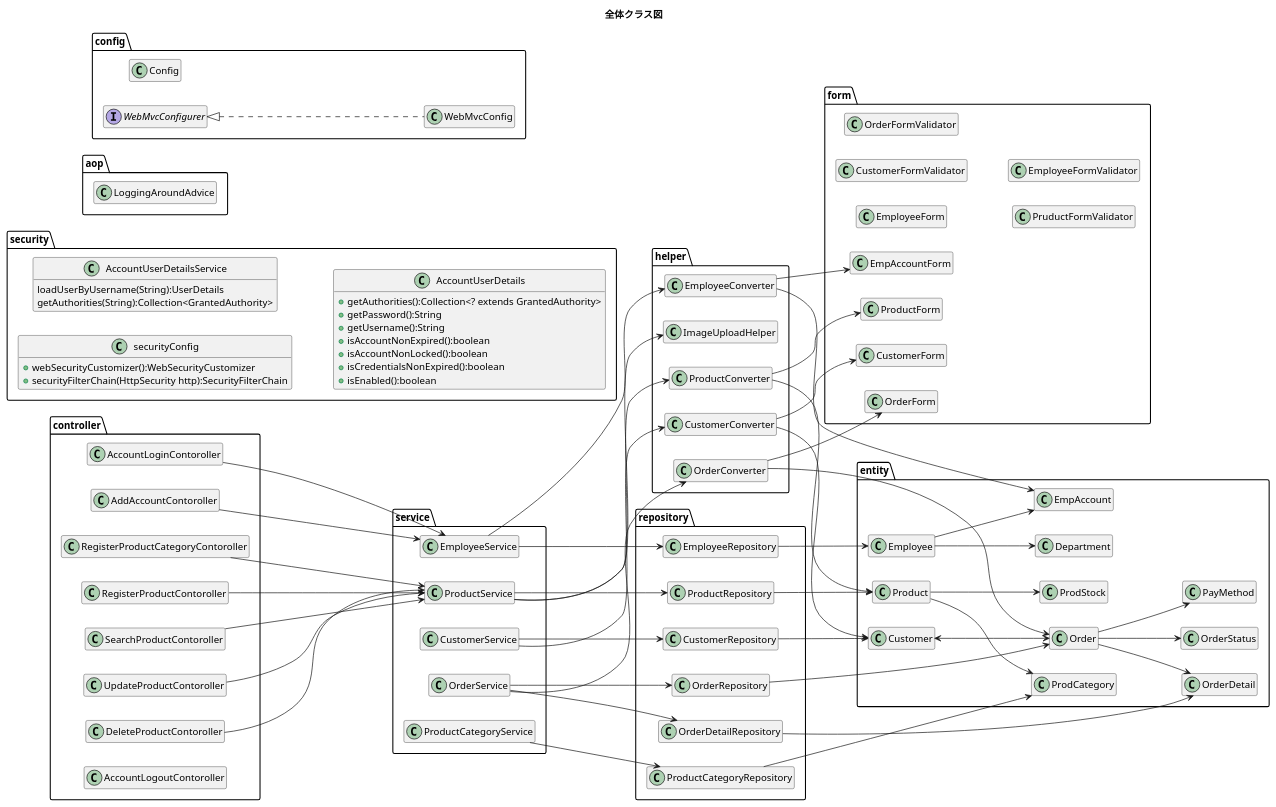
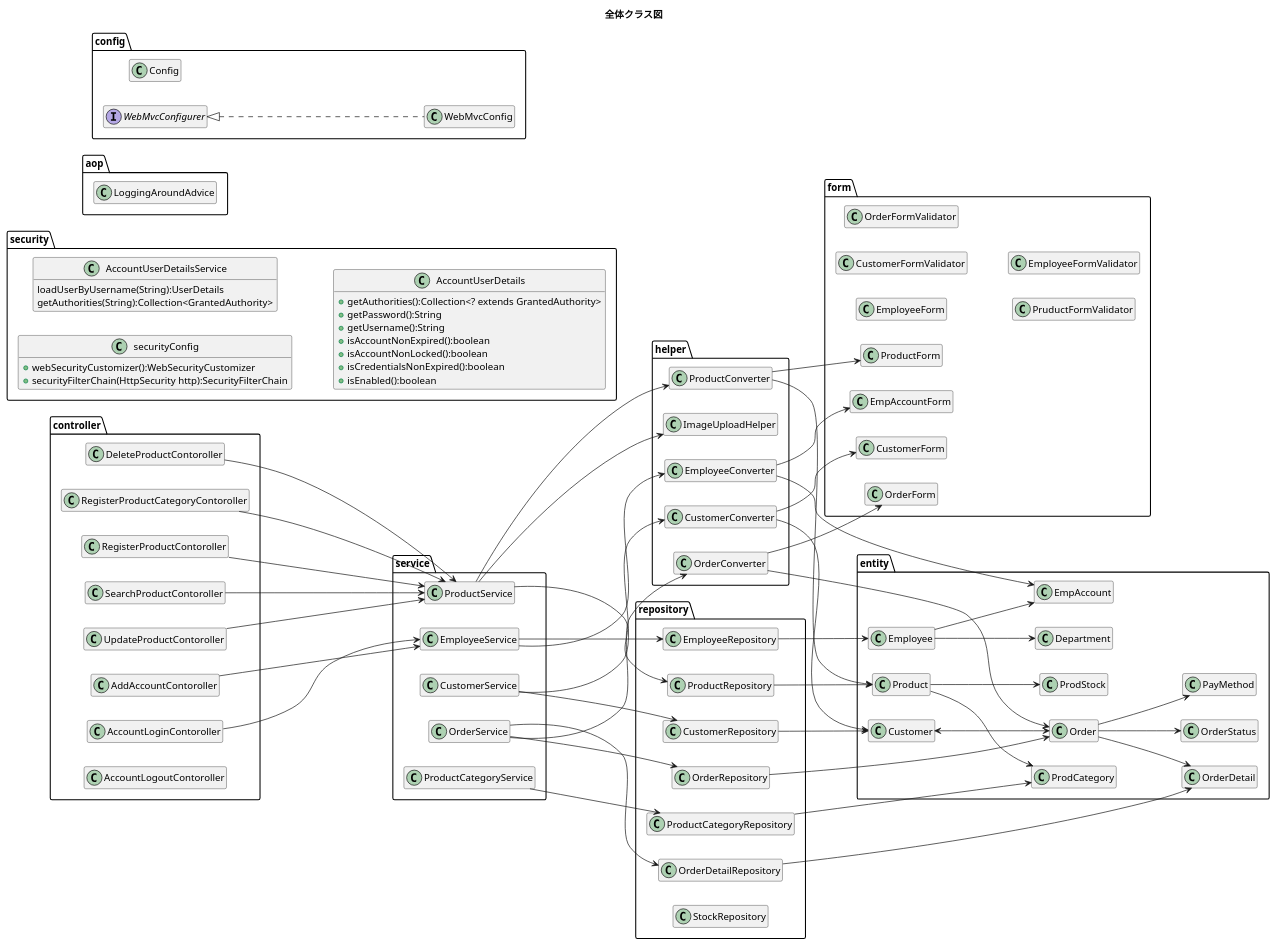
One commit to kanavii3333/ec-b changed the diagram in plan/uml/class/all.plantuml. Above: the diagram before and after it, drawn with PlantUML. The commit also changed 3 other files, not shown here.

```diff
--- a/plan/uml/class/all.plantuml
+++ b/plan/uml/class/all.plantuml
@@ -120,6 +120,9 @@
 
     class OrderDetailRepository{
     }
+    
+    class StockRepository{
+    }
 }
 
 package service{
```
